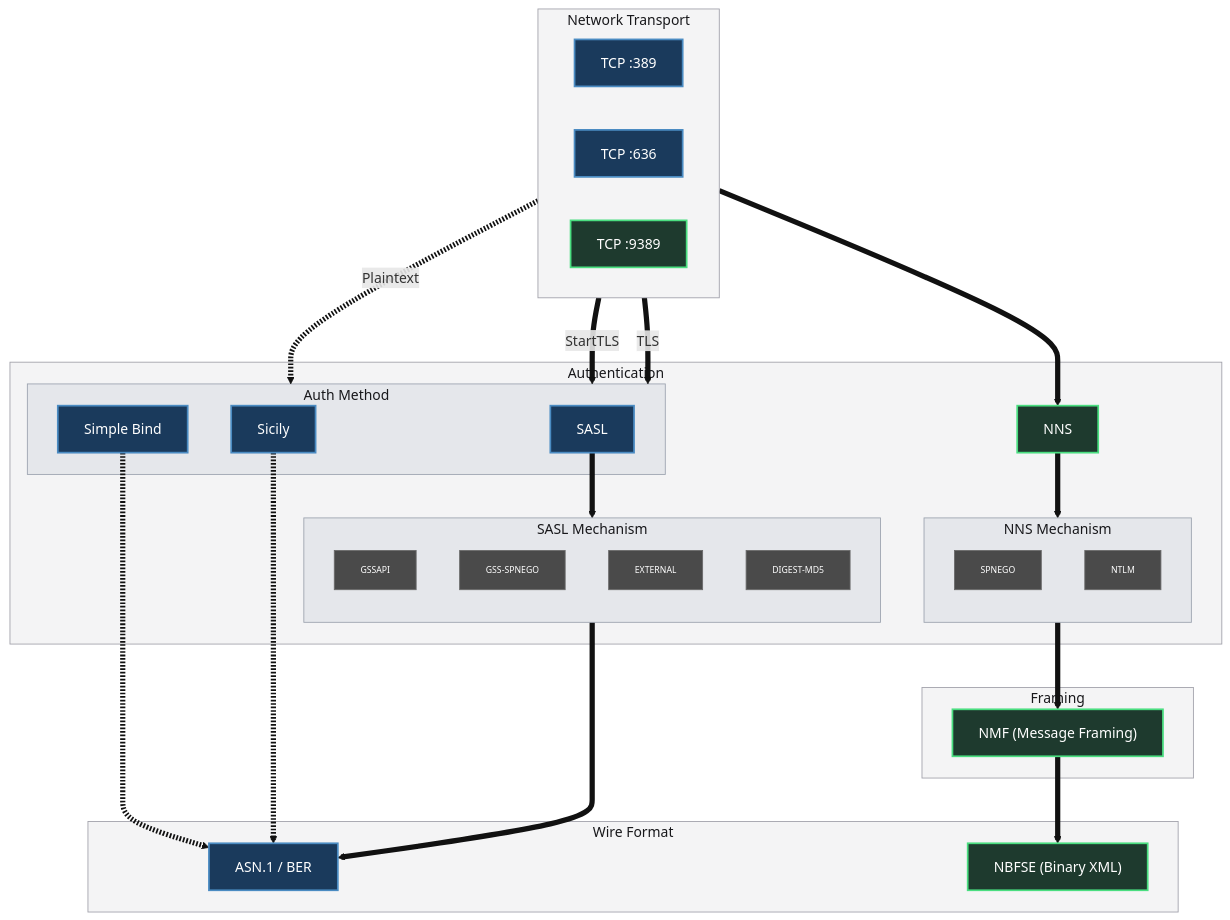
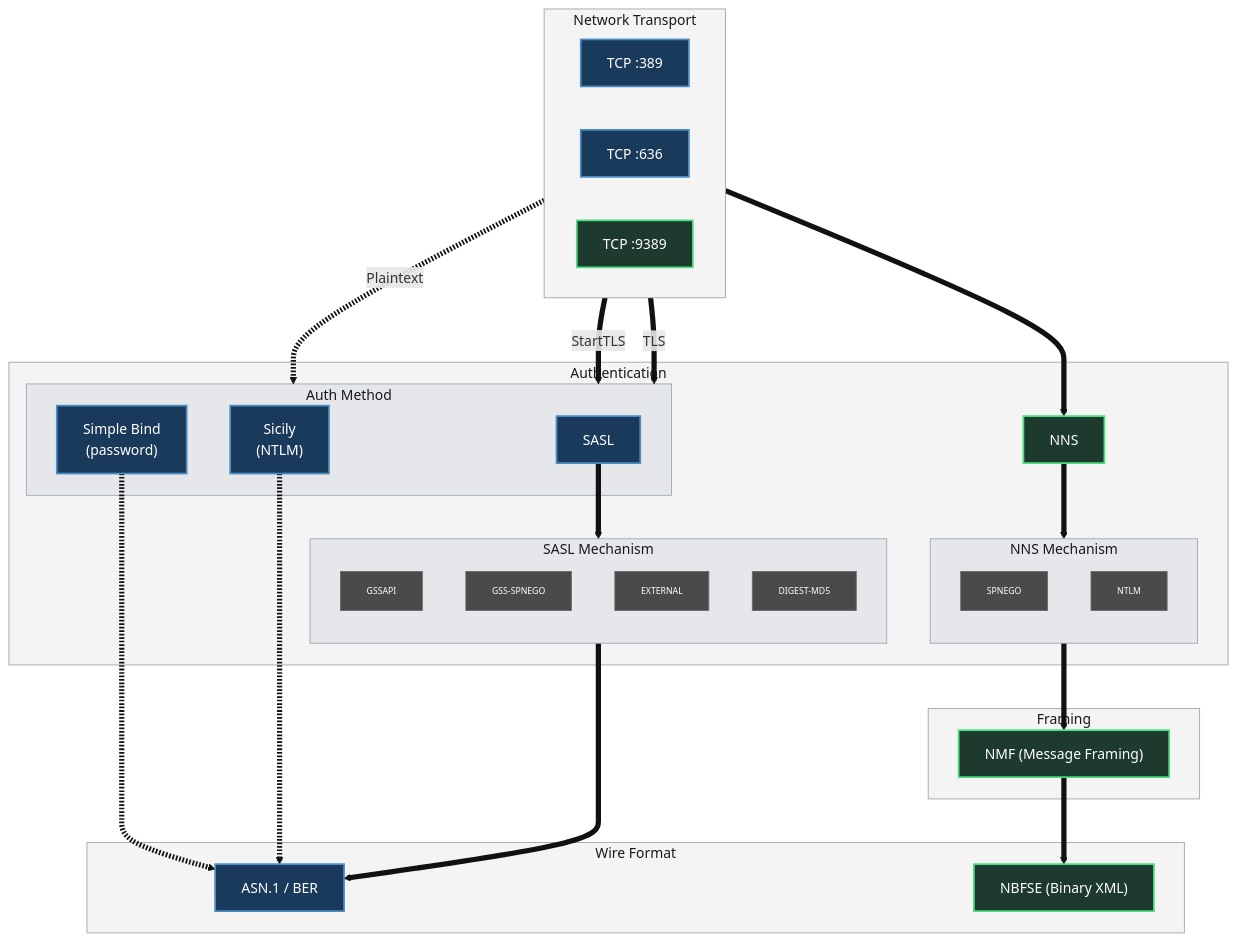
One commit to Macmod/ginpacket-wiki changed the first of 4 diagrams in articles/adws-the-soap-bridge.md. Above: the diagram before and after it, drawn with Mermaid.

````diff
--- a/articles/adws-the-soap-bridge.md
+++ b/articles/adws-the-soap-bridge.md
@@ -234,67 +234,67 @@
 ```mermaid
 flowchart TB
   linkStyle default stroke:#111,stroke-width:6px
 
   subgraph Transport["Network Transport"]
     direction LR
     L1["TCP :389"]
     L5["TCP :636"]
     A1["TCP :9389"]
   end
   subgraph Auth["Authentication"]
     subgraph LdapAuth["Auth Method"]
       L2a["SASL"]
-      L2b["Simple Bind"]
-      L2c["Sicily"]
+      L2b["Simple Bind\n(password)"]
+      L2c["Sicily\n(NTLM)"]
     end
     A2["NNS"]
     subgraph SaslMechs["SASL Mechanism"]
       direction TB
       M1["GSSAPI"]
       M2["GSS-SPNEGO"]
       M3["EXTERNAL"]
       M4["DIGEST-MD5"]
     end
     subgraph NnsMechs["NNS Mechanism"]
       direction TB
       M5["SPNEGO"]
       M6["NTLM"]
     end
   end
   subgraph Framing["Framing"]
     F1["NMF (Message Framing)"]
   end
   subgraph Encoding["Wire Format"]
     L3["ASN.1 / BER"]
     A3["NBFSE (Binary XML)"]
   end
 
   L1 -.->|Plaintext| LdapAuth
   L1 -->|StartTLS| LdapAuth
   L5 -->|TLS| LdapAuth
   L2b -.-> L3
   L2c -.-> L3
   SaslMechs --> L3
   A1 --> A2
   NnsMechs --> F1
   F1 --> A3
 
   L2a --> SaslMechs
   A2 --> NnsMechs
 
 
   classDef ldap fill:#1a3a5c,stroke:#4a8bc2,stroke-width:2px,color:#fff
   classDef adws fill:#1e3a2e,stroke:#4ade80,stroke-width:2px,color:#fff
   classDef mech fill:#4a4a4a,stroke:#6a6a6a,stroke-width:1px,color:#fff,font-size:10px
   class L1,L5,L2a,L2b,L2c,L3 ldap
   class A1,A2,F1,A3 adws
   class M1,M2,M3,M4,M5,M6 mech
 
   style Transport fill:#f4f4f5,stroke:#a1a1aa,color:#18181b
   style Auth fill:#f4f4f5,stroke:#a1a1aa,color:#18181b
   style LdapAuth fill:#e5e7eb,stroke:#9ca3af,color:#18181b
   style SaslMechs fill:#e5e7eb,stroke:#9ca3af,color:#18181b
   style NnsMechs fill:#e5e7eb,stroke:#9ca3af,color:#18181b
   style Framing fill:#f4f4f5,stroke:#a1a1aa,color:#18181b
   style Encoding fill:#f4f4f5,stroke:#a1a1aa,color:#18181b
 ```
````
